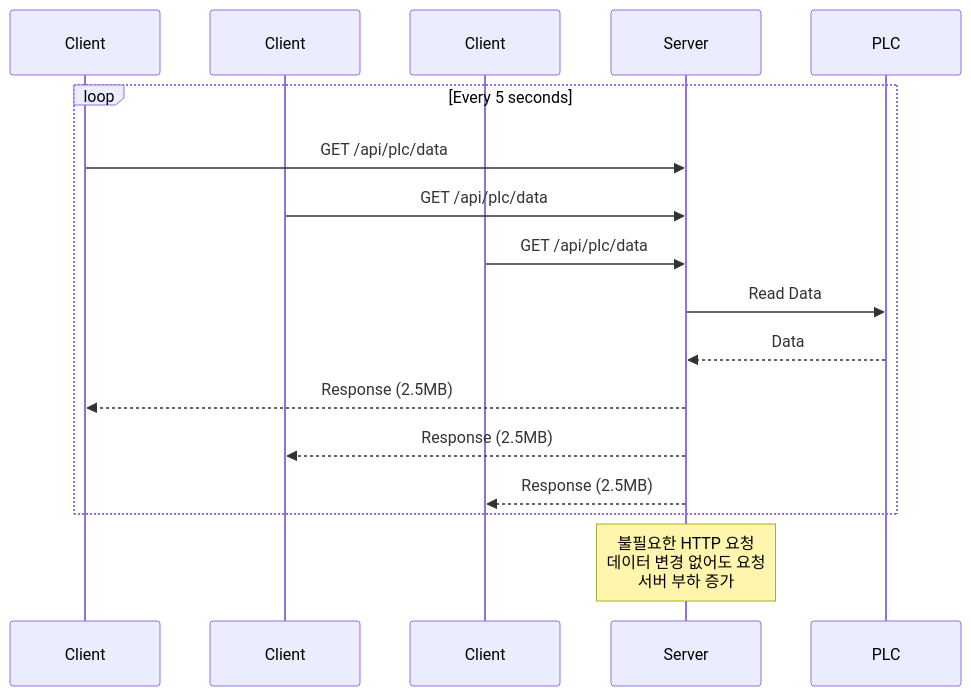
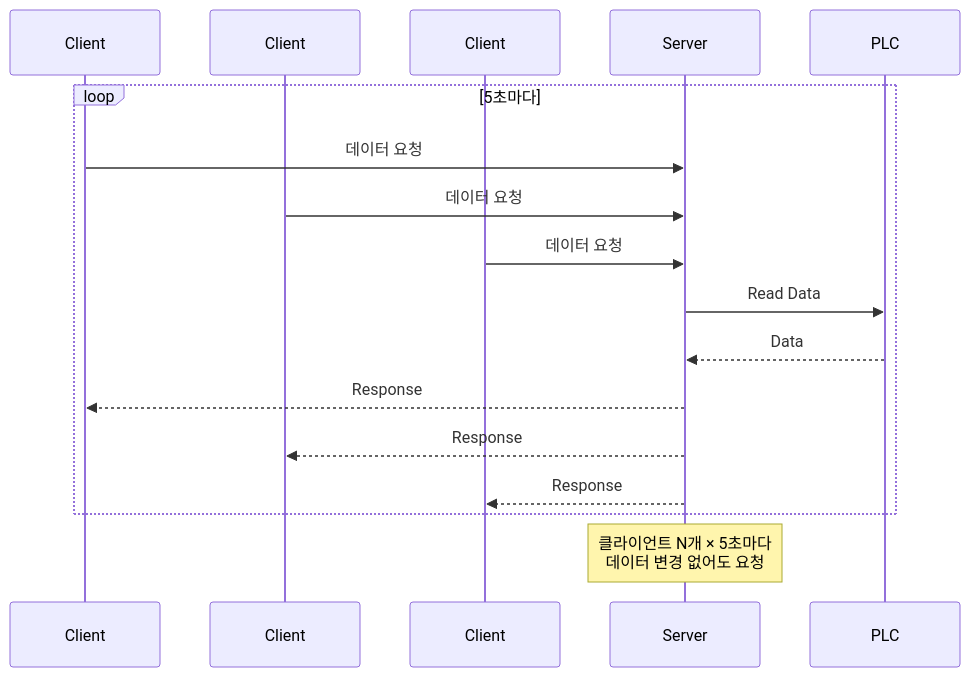
The sixth of 7 diagrams in TECHNICAL_CHALLENGES.md (1985jwlee/production-iot-backend), drawn with Mermaid before and after one commit. The commit also changed other lines of this file, not shown here.

````diff
--- a/TECHNICAL_CHALLENGES.md
+++ b/TECHNICAL_CHALLENGES.md
@@ -862,23 +422,20 @@
 ```mermaid
 sequenceDiagram
     participant C1 as Client #1
     participant C2 as Client #2
     participant C3 as Client #3
     participant S as Server
     participant PLC as PLC
-    
-    loop Every 5 seconds
-        C1->>S: GET /api/plc/data
-        C2->>S: GET /api/plc/data
-        C3->>S: GET /api/plc/data
-        
+
+    loop 5초마다
+        C1->>S: 데이터 요청
+        C2->>S: 데이터 요청
+        C3->>S: 데이터 요청
         S->>PLC: Read Data
         PLC-->>S: Data
-        
-        S-->>C1: Response (2.5MB)
-        S-->>C2: Response (2.5MB)
-        S-->>C3: Response (2.5MB)
+        S-->>C1: Response
+        S-->>C2: Response
+        S-->>C3: Response
     end
-    
-    Note over S: 불필요한 HTTP 요청<br/>데이터 변경 없어도 요청<br/>서버 부하 증가
+    Note over S: 클라이언트 N개 × 5초마다<br/>데이터 변경 없어도 요청
 ```
````
